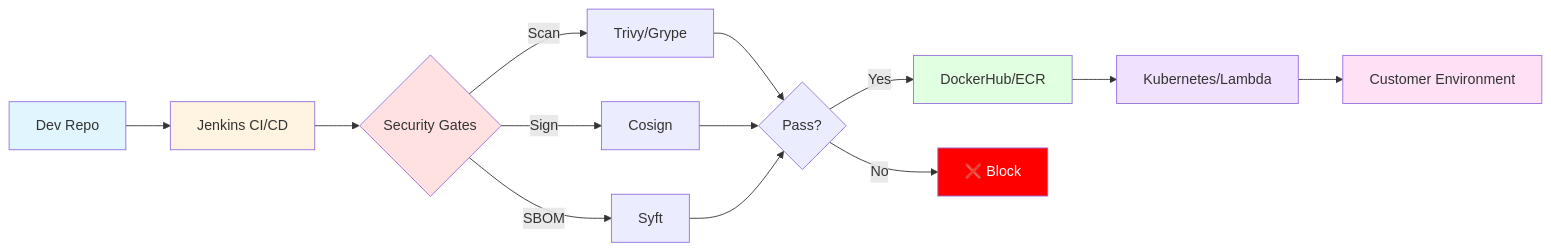
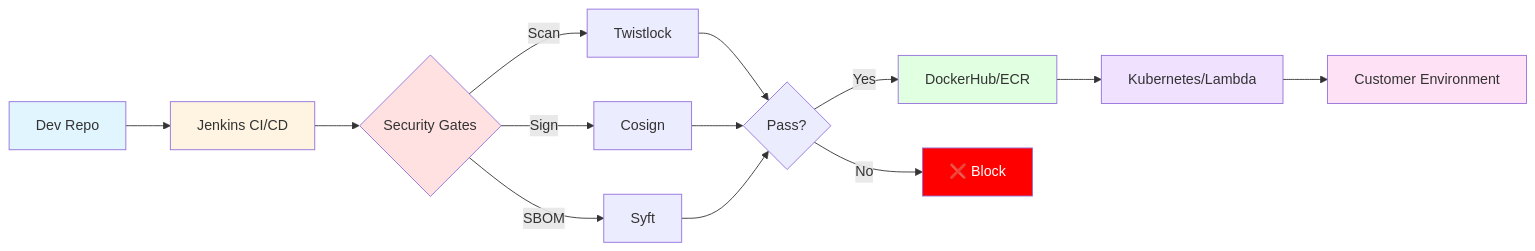
One commit to sabarinath-intellect/test changed the first of 10 diagrams in container-security.md. Above: the diagram before and after it, drawn with Mermaid.

````diff
--- a/container-security.md
+++ b/container-security.md
@@ -5,23 +5,23 @@
 ```mermaid
 graph LR
     A[Dev Repo] --> B[Jenkins CI/CD]
     B --> C{Security Gates}
-    C -->|Scan| D[Trivy/Grype]
+    C -->|Scan| D[Twistlock]
     C -->|Sign| E[Cosign]
     C -->|SBOM| F[Syft]
     D --> G{Pass?}
     E --> G
     F --> G
     G -->|Yes| H[DockerHub/ECR]
     G -->|No| I[❌ Block]
     H --> J[Kubernetes/Lambda]
     J --> K[Customer Environment]
     
     style A fill:#e1f5ff
     style B fill:#fff4e1
     style C fill:#ffe1e1
     style H fill:#e1ffe1
     style J fill:#f0e1ff
     style K fill:#ffe1f5
     style I fill:#ff0000,color:#fff
 ```
````
